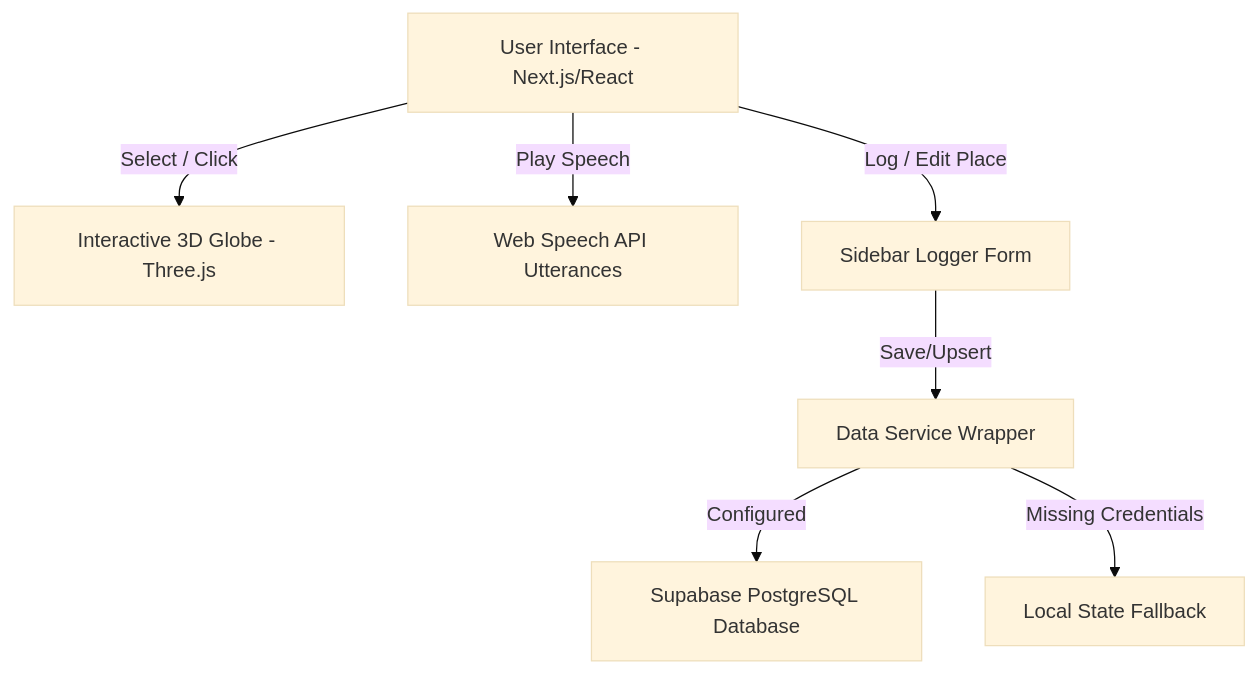
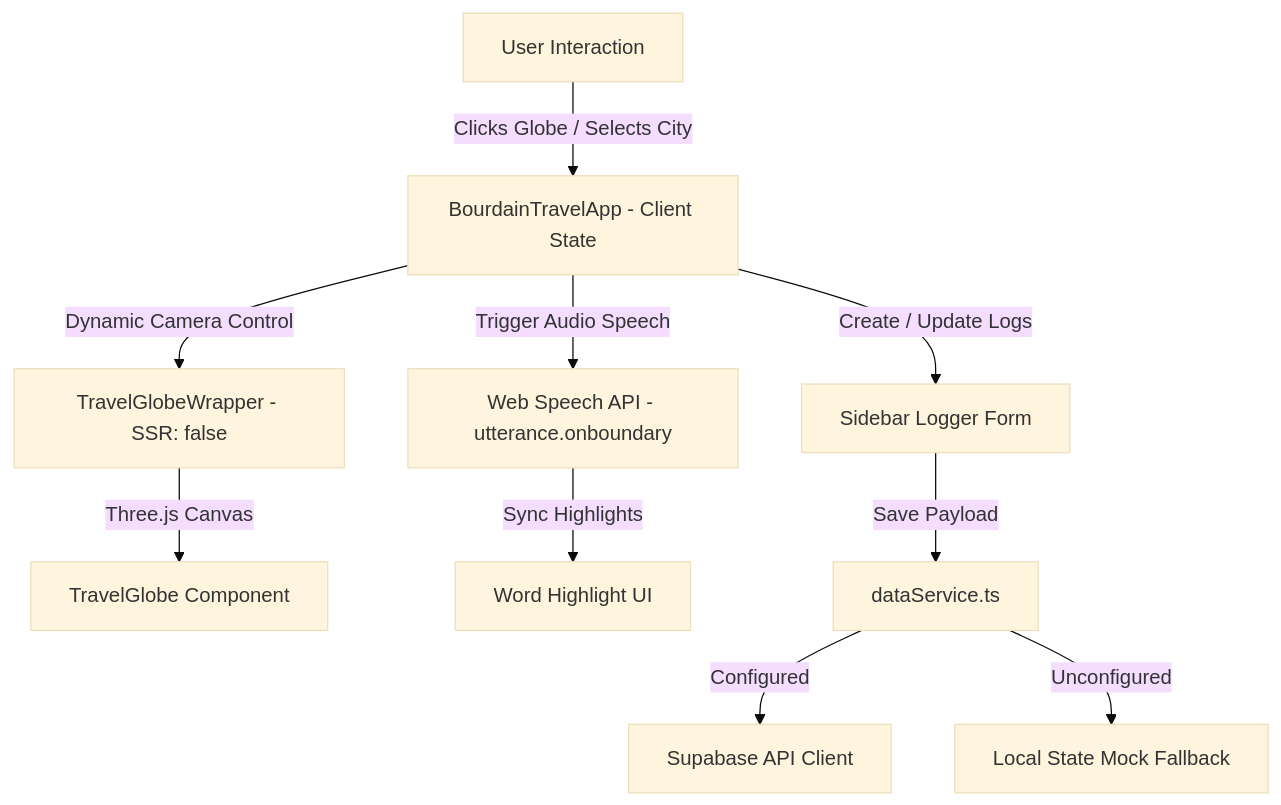
Before and after one commit to deepalj/bourdain-travel-tool: the diagram in README.md, drawn with Mermaid (base theme). The commit also changed other lines of this file, not shown here.

Commit message:
docs: polish README.md for recruiter review with detailed architectural breakdowns

````diff
--- a/README.md
+++ b/README.md
@@ -48,9 +23,12 @@
 ```mermaid
 graph TD
-    UI[User Interface - Next.js/React] -->|Select / Click| Globe[Interactive 3D Globe - Three.js]
-    UI -->|Play Speech| Audio[Web Speech API Utterances]
-    UI -->|Log / Edit Place| Form[Sidebar Logger Form]
-    Form -->|Save/Upsert| DataService[Data Service Wrapper]
-    DataService -->|Configured| Supabase[Supabase PostgreSQL Database]
-    DataService -->|Missing Credentials| Mock[Local State Fallback]
+    User[User Interaction] -->|Clicks Globe / Selects City| App[BourdainTravelApp - Client State]
+    App -->|Dynamic Camera Control| GlobeWrapper[TravelGlobeWrapper - SSR: false]
+    GlobeWrapper -->|Three.js Canvas| Globe[TravelGlobe Component]
+    App -->|Trigger Audio Speech| Speech[Web Speech API - utterance.onboundary]
+    Speech -->|Sync Highlights| Transcript[Word Highlight UI]
+    App -->|Create / Update Logs| Form[Sidebar Logger Form]
+    Form -->|Save Payload| DataService[dataService.ts]
+    DataService -->|Configured| Supabase[Supabase API Client]
+    DataService -->|Unconfigured| Fallback[Local State Mock Fallback]
 ```
````
